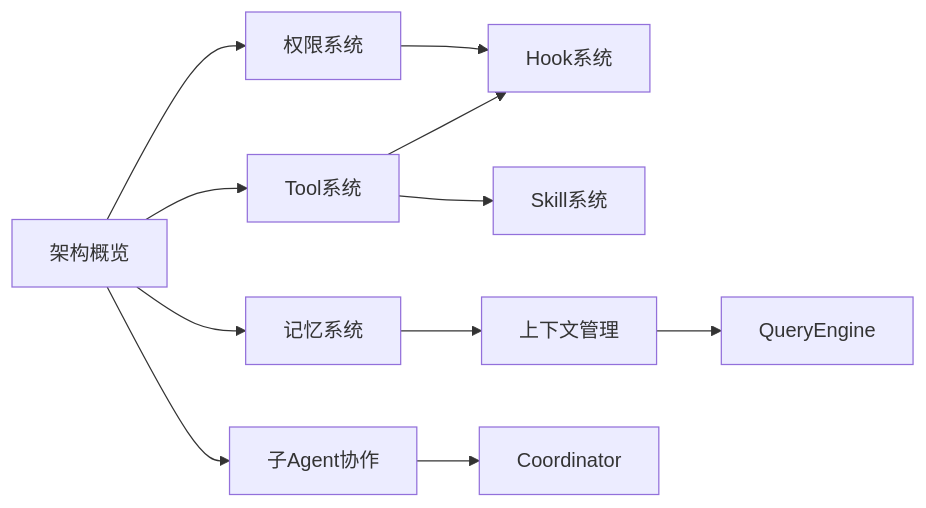
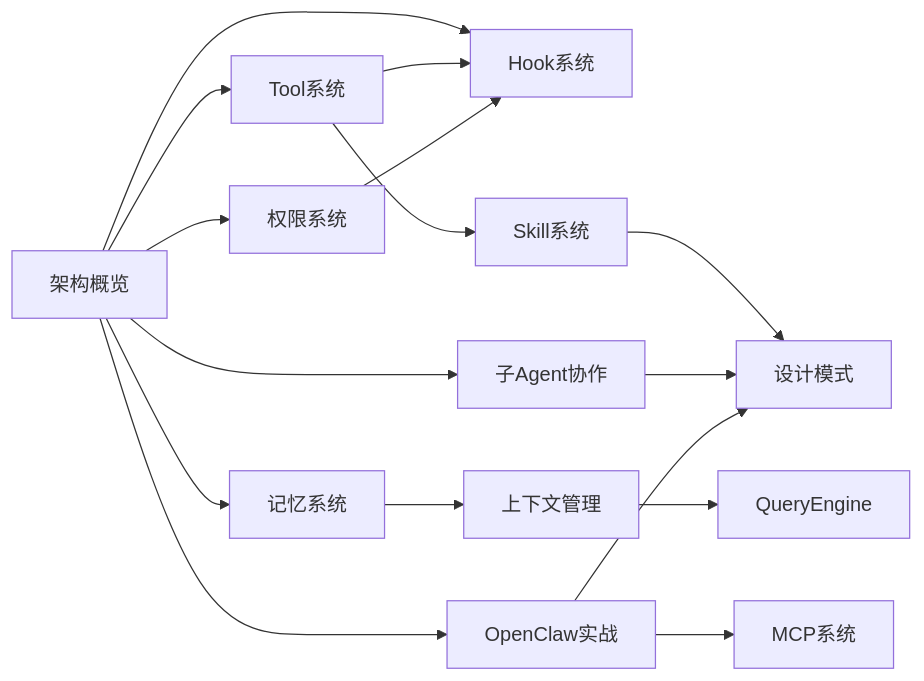
The diagram in HarnessCoding知识库/00-入口/🏠-知识库首页.md (binbin135013/ClaudeCode_Learn_a_little_bit), drawn with Mermaid before and after one commit. The commit also changed other lines of this file and 41 other files, not shown here.

````diff
--- a/HarnessCoding知识库/00-入口/🏠-知识库首页.md
+++ b/HarnessCoding知识库/00-入口/🏠-知识库首页.md
@@ -87,13 +95,18 @@
 ```mermaid
 graph LR
     A[架构概览] --> B[Tool系统]
     A --> C[权限系统]
-    B --> D[Hook系统]
+    A --> D[Hook系统]
+    B --> D
     B --> E[Skill系统]
     C --> D
     A --> F[记忆系统]
     F --> G[上下文管理]
     G --> H[QueryEngine]
     A --> I[子Agent协作]
-    I --> J[Coordinator]
+    A --> J[OpenClaw实战]
+    J --> K[MCP系统]
+    E --> L[设计模式]
+    I --> L
+    J --> L
 ```
````
